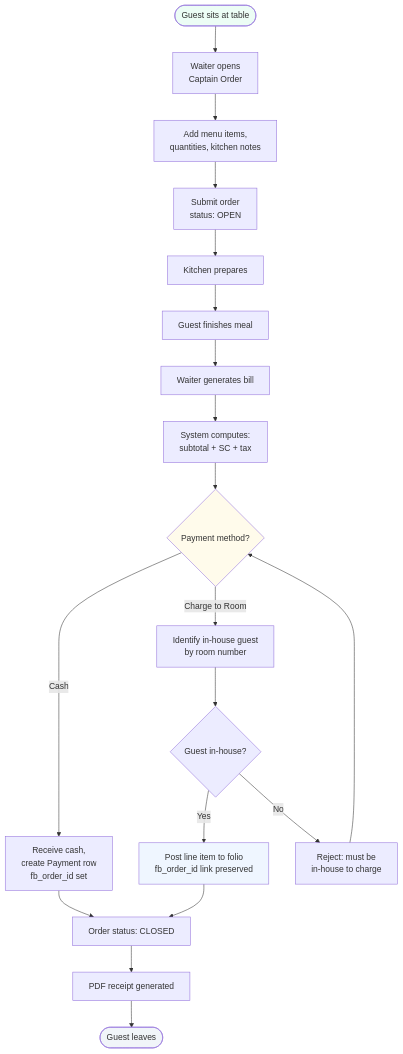
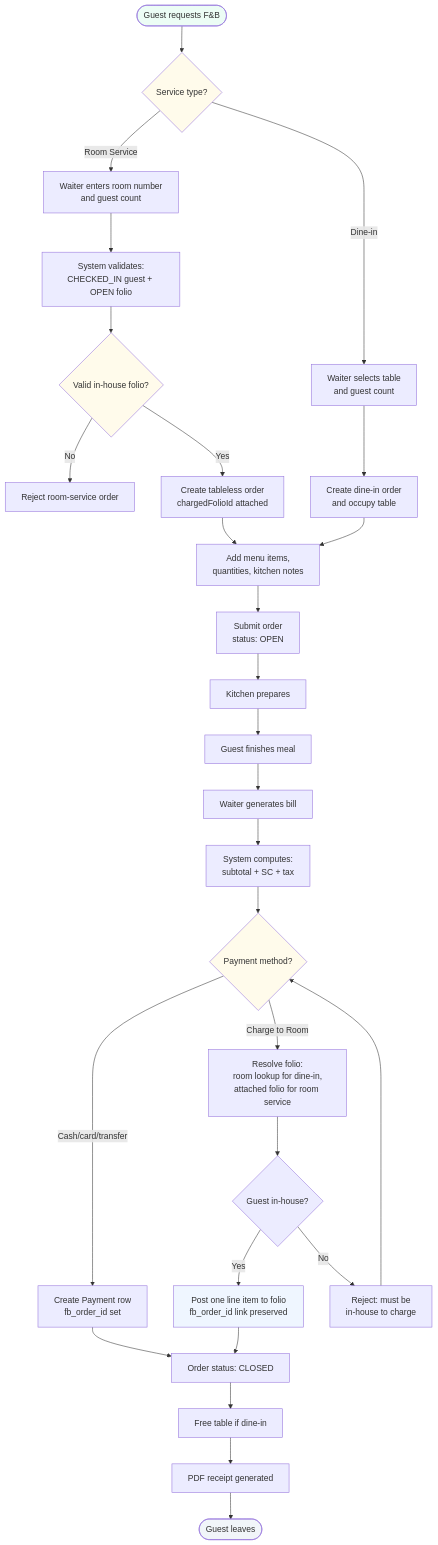
The seventh of 9 diagrams in docs/business_process_mvp.md (nurmareko/zadd-hotel-pms), drawn with Mermaid before and after one commit. The commit also changed other lines of this file and 4 other files, not shown here.

Commit message:
docs: document F&B room service across MVP specs

````diff
--- a/docs/business_process_mvp.md
+++ b/docs/business_process_mvp.md
@@ -259,28 +259,39 @@
 ```mermaid
 flowchart TD
-    A([Guest sits at table]) --> B[Waiter opens<br/>Captain Order]
-    B --> C[Add menu items,<br/>quantities, kitchen notes]
-    C --> D[Submit order<br/>status: OPEN]
-    D --> E[Kitchen prepares]
-    E --> F[Guest finishes meal]
-    F --> G[Waiter generates bill]
-    G --> H[System computes:<br/>subtotal + SC + tax]
-    H --> I{Payment method?}
+    A([Guest requests F&B]) --> B{Service type?}
+    B -->|Dine-in| C[Waiter selects table<br/>and guest count]
+    B -->|Room Service| D[Waiter enters room number<br/>and guest count]
+    D --> E[System validates:<br/>CHECKED_IN guest + OPEN folio]
+    E --> F{Valid in-house folio?}
+    F -->|No| G[Reject room-service order]
+    F -->|Yes| H[Create tableless order<br/>chargedFolioId attached]
+    C --> I[Create dine-in order<br/>and occupy table]
+    H --> J[Add menu items,<br/>quantities, kitchen notes]
+    I --> J
+    J --> K[Submit order<br/>status: OPEN]
+    K --> L[Kitchen prepares]
+    L --> M[Guest finishes meal]
+    M --> N[Waiter generates bill]
+    N --> O[System computes:<br/>subtotal + SC + tax]
+    O --> P{Payment method?}
 
-    I -->|Cash| J[Receive cash,<br/>create Payment row<br/>fb_order_id set]
-    I -->|Charge to Room| K[Identify in-house guest<br/>by room number]
-    K --> L{Guest in-house?}
-    L -->|Yes| M[Post line item to folio<br/>fb_order_id link preserved]
-    L -->|No| N[Reject: must be<br/>in-house to charge]
-    N --> I
+    P -->|Cash/card/transfer| Q[Create Payment row<br/>fb_order_id set]
+    P -->|Charge to Room| R[Resolve folio:<br/>room lookup for dine-in,<br/>attached folio for room service]
+    R --> S{Guest in-house?}
+    S -->|Yes| T[Post one line item to folio<br/>fb_order_id link preserved]
+    S -->|No| U[Reject: must be<br/>in-house to charge]
+    U --> P
 
-    J --> O[Order status: CLOSED]
-    M --> O
-    O --> P[PDF receipt generated]
-    P --> Q([Guest leaves])
+    Q --> V[Order status: CLOSED]
+    T --> V
+    V --> W[Free table if dine-in]
+    W --> X[PDF receipt generated]
+    X --> Y([Guest leaves])
 
     style A fill:#ecfdf5
-    style I fill:#fffbeb
-    style M fill:#eff6ff
-    style Q fill:#f1f5f9
+    style B fill:#fffbeb
+    style F fill:#fffbeb
+    style P fill:#fffbeb
+    style T fill:#eff6ff
+    style Y fill:#f1f5f9
 ```
````
